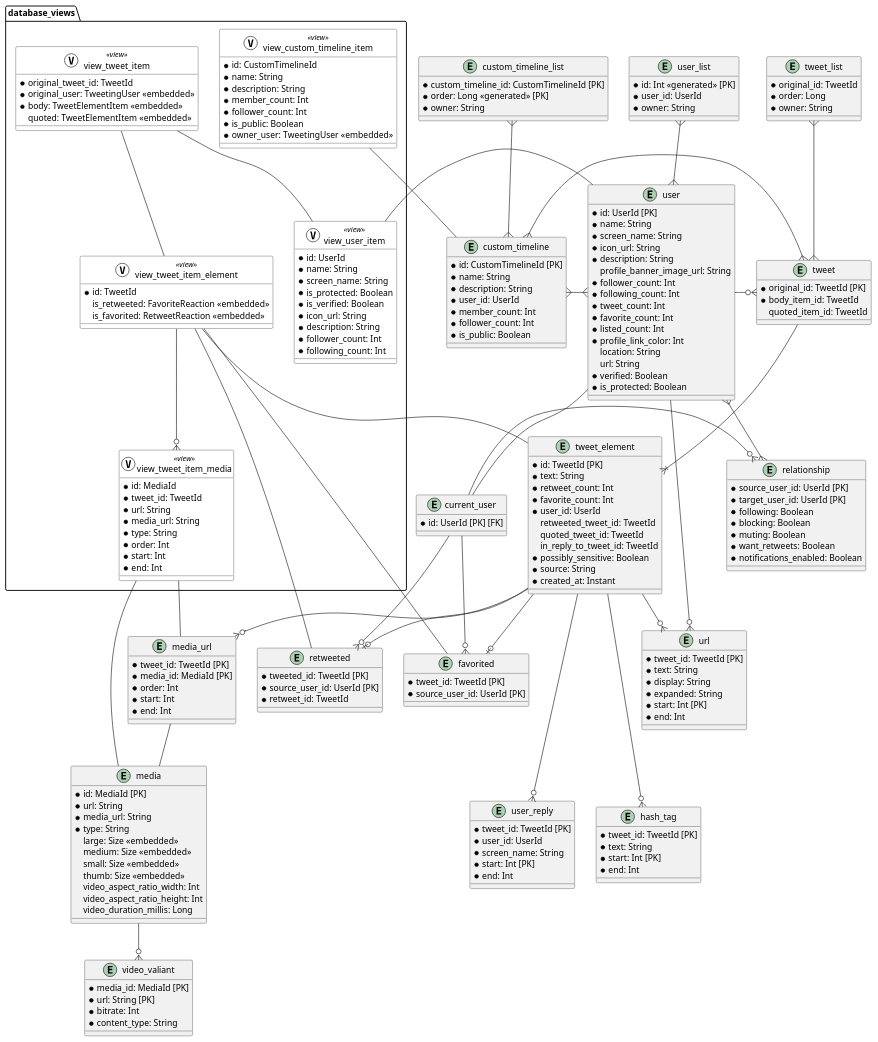
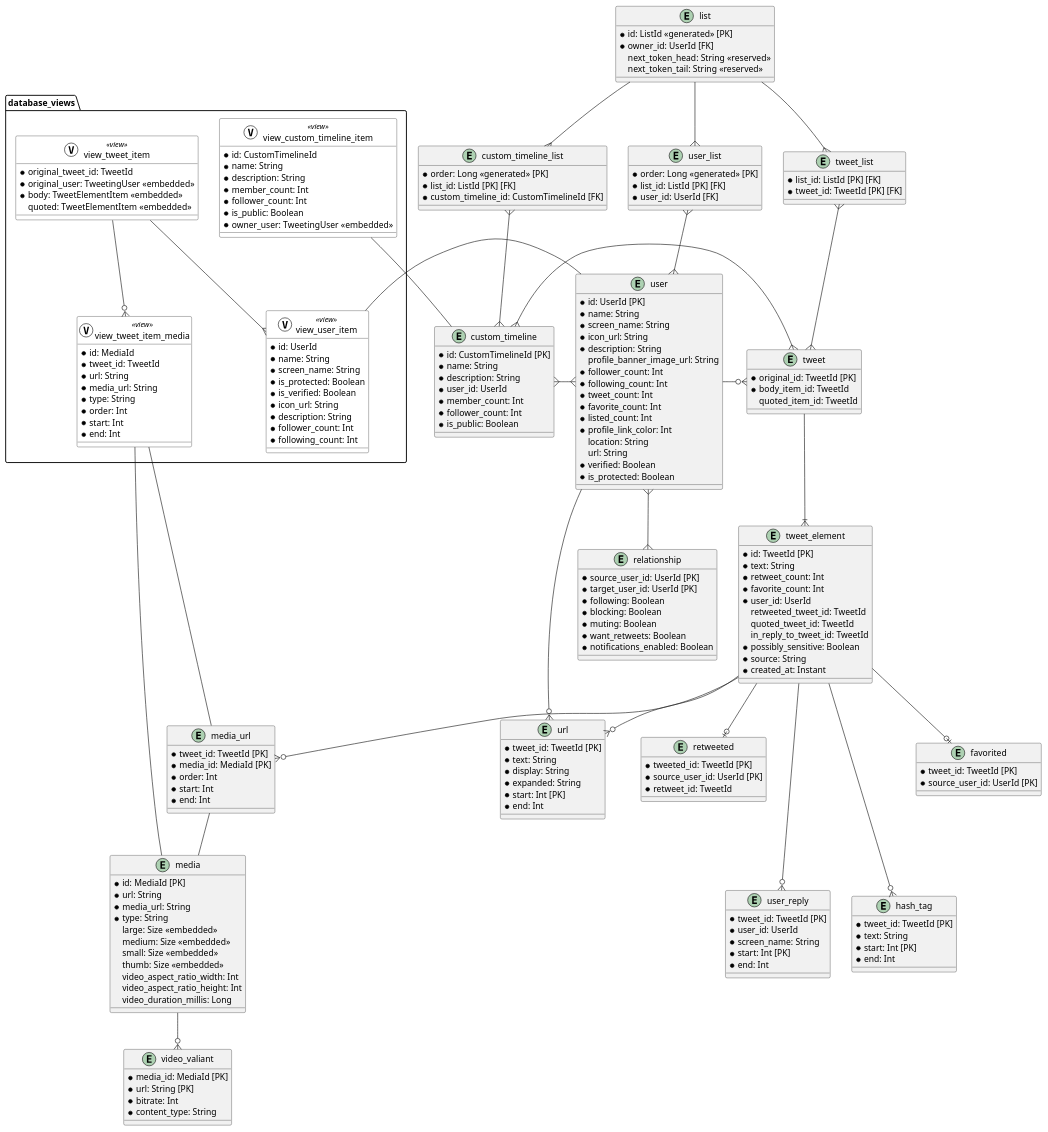
Before and after one commit to akihito104/UdonRoad2: the diagram in docs/er_overview_v2.puml, drawn with PlantUML.

Commit message:
added list table

```diff
--- a/docs/er_overview_v2.puml
+++ b/docs/er_overview_v2.puml
@@ -44,9 +44,9 @@
 }
 
 entity custom_timeline_list {
-  * custom_timeline_id: CustomTimelineId [PK]
   * order: Long <<generated>> [PK]
-  * owner: String
+  * list_id: ListId [PK] [FK]
+  * custom_timeline_id: CustomTimelineId [FK]
 }
 
 entity relationship {
@@ -95,9 +95,8 @@
 }
 
 entity tweet_list {
-  * original_id: TweetId
-  * order: Long
-  * owner: String
+  * list_id: ListId [PK] [FK]
+  * tweet_id: TweetId [PK] [FK]
 }
 
 entity url {
@@ -129,9 +128,9 @@
 }
 
 entity user_list {
-  * id: Int <<generated>> [PK]
-  * user_id: UserId
-  * owner: String
+  * order: Long <<generated>> [PK]
+  * list_id: ListId [PK] [FK]
+  * user_id: UserId [FK]
 }
 
 entity favorited {
@@ -145,9 +144,16 @@
   * retweet_id: TweetId
 }
 
-entity current_user {
-  * id: UserId [PK] [FK]
+entity list {
+  * id: ListId <<generated>> [PK]
+  * owner_id: UserId [FK]
+  next_token_head: String <<reserved>>
+  next_token_tail: String <<reserved>>
 }
+
+list --{ tweet_list
+list --{ user_list
+list --{ custom_timeline_list
 
 tweet_list }--{ tweet
 tweet --|{ tweet_element
@@ -165,11 +171,6 @@
 user }--{ relationship
 user --o{ url
 user -o{ tweet
-user - current_user
-
-current_user -o{ relationship
-current_user -o{ favorited
-current_user -o{ retweeted
 
 custom_timeline_list }--{ custom_timeline
 custom_timeline }-{ user
@@ -181,12 +182,6 @@
     * original_user: TweetingUser <<embedded>>
     * body: TweetElementItem <<embedded>>
     quoted: TweetElementItem <<embedded>>
-  }
-
-  entity view_tweet_item_element << (V, #ffffff) view >> {
-    * id: TweetId
-    is_retweeted: FavoriteReaction <<embedded>>
-    is_favorited: RetweetReaction <<embedded>>
   }
 
   entity view_tweet_item_media << (V, #ffffff) view >> {
@@ -222,13 +217,8 @@
     * following_count: Int
   }
 
-  view_tweet_item -- view_tweet_item_element
-  view_tweet_item -- view_user_item
-
-  view_tweet_item_element - tweet_element
-  view_tweet_item_element -- favorited
-  view_tweet_item_element -- retweeted
-  view_tweet_item_element --o{ view_tweet_item_media
+  view_tweet_item --{ view_user_item
+  view_tweet_item --o{ view_tweet_item_media
 
   view_tweet_item_media - media_url
   view_tweet_item_media - media
```
